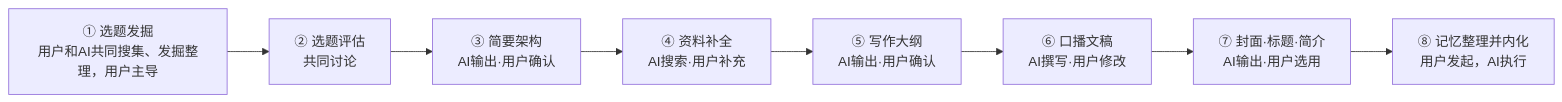
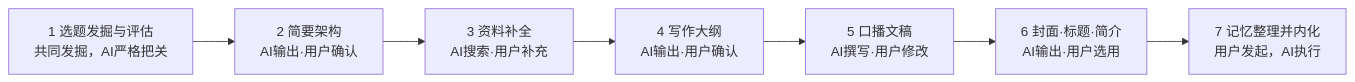
One commit to wq75179-commits/Wayfarer2.0 changed the diagram in CLAUDE.md. Above: the diagram before and after it, drawn with Mermaid. The commit also changed other lines of this file, not shown here.

````diff
--- a/CLAUDE.md
+++ b/CLAUDE.md
@@ -54,10 +39,10 @@
 ```mermaid
 graph LR
-    A["① 选题发掘<br/>用户和AI共同搜集、发掘整理，用户主导"] --> B["② 选题评估<br/>共同讨论"]
-    B --> C["③ 简要架构<br/>AI输出·用户确认"]
-    C --> D["④ 资料补全<br/>AI搜索·用户补充"]
-    D --> E["⑤ 写作大纲<br/>AI输出·用户确认"]
-    E --> F["⑥ 口播文稿<br/>AI撰写·用户修改"]
-    F --> G["⑦ 封面·标题·简介<br/>AI输出·用户选用"]
-    G --> H["⑧ 记忆整理并内化<br/>用户发起，AI执行"]
+    A["1 选题发掘与评估<br/>共同发掘，AI严格把关"]
+    A --> B["2 简要架构<br/>AI输出·用户确认"]
+    B --> C["3 资料补全<br/>AI搜索·用户补充"]
+    C --> D["4 写作大纲<br/>AI输出·用户确认"]
+    D --> E["5 口播文稿<br/>AI撰写·用户修改"]
+    E --> F["6 封面·标题·简介<br/>AI输出·用户选用"]
+    F --> G["7 记忆整理并内化<br/>用户发起，AI执行"]
 ```
````
